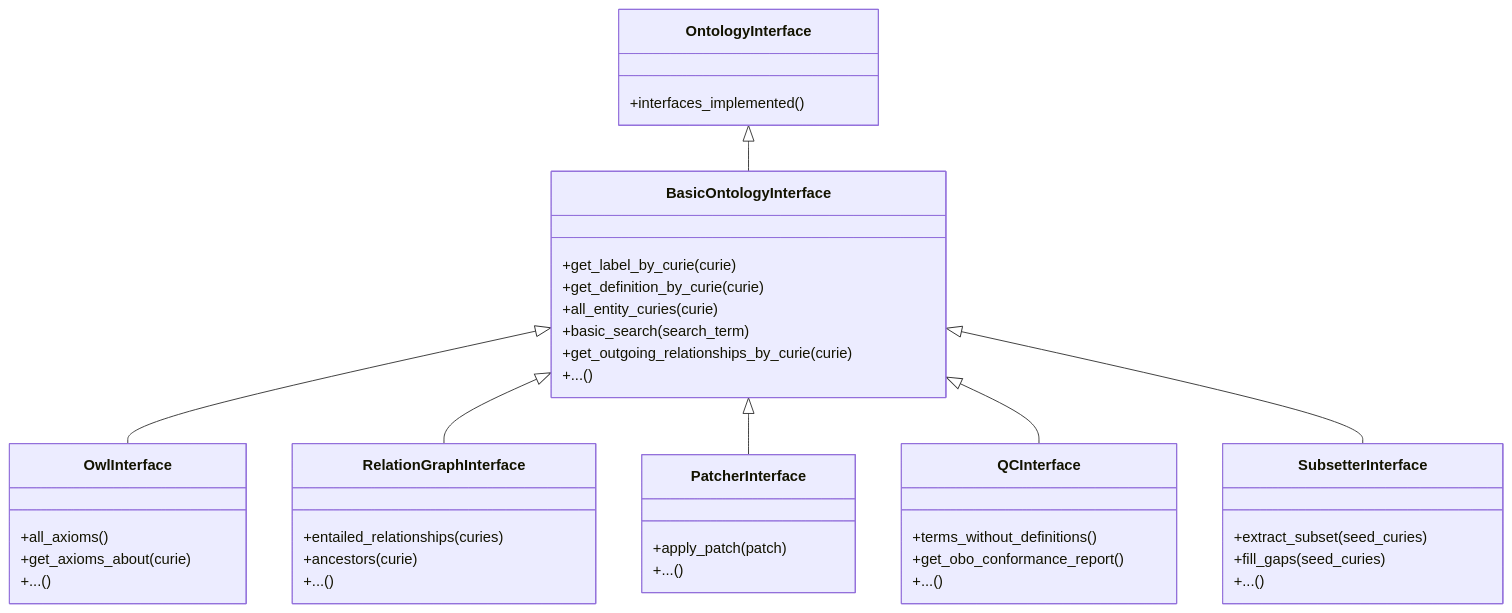
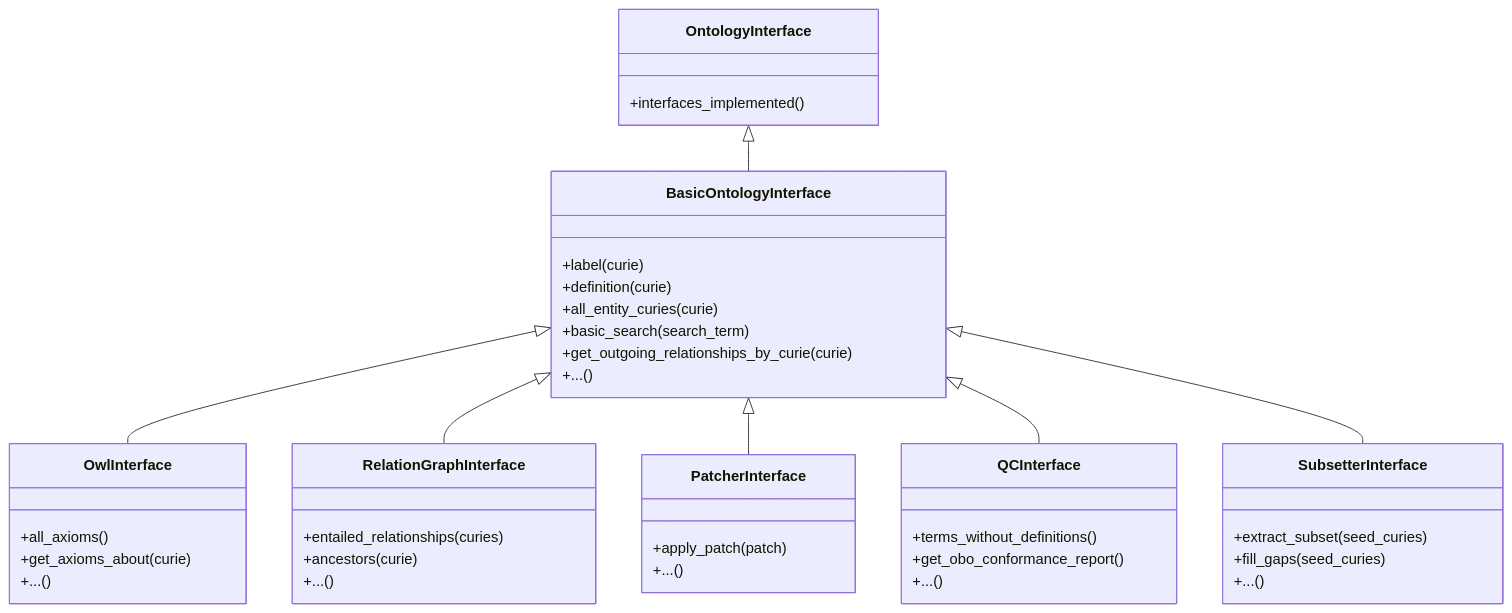
The second of 3 diagrams in docs/packages/architecture.rst (INCATools/ontology-access-kit), drawn with Mermaid before and after one commit. The commit also changed other lines of this file and 32 other files, not shown here.

```diff
--- a/docs/packages/architecture.rst
+++ b/docs/packages/architecture.rst
@@ -75,44 +77,44 @@
 .. mermaid::
 
   classDiagram
       class OntologyInterface {
           +interfaces_implemented()
       }
       class BasicOntologyInterface {
-          +get_label_by_curie(curie)
-          +get_definition_by_curie(curie)
+          +label(curie)
+          +definition(curie)
           +all_entity_curies(curie)
           +basic_search(search_term)
           +get_outgoing_relationships_by_curie(curie)
           +...()
       }
       OntologyInterface <|-- BasicOntologyInterface
       class OwlInterface {
           +all_axioms()
           +get_axioms_about(curie)
           +...()
       }
       BasicOntologyInterface <|-- OwlInterface
       class RelationGraphInterface {
           +entailed_relationships(curies)
           +ancestors(curie)
           +...()
       }
       BasicOntologyInterface <|-- RelationGraphInterface
       class PatcherInterface {
           +apply_patch(patch)
           +...()
       }
       BasicOntologyInterface <|-- PatcherInterface
       class QCInterface {
           +terms_without_definitions()
           +get_obo_conformance_report()
           +...()
       }
       BasicOntologyInterface <|-- QCInterface
       class SubsetterInterface {
           +extract_subset(seed_curies)
           +fill_gaps(seed_curies)
           +...()
       }
       BasicOntologyInterface <|-- SubsetterInterface
```
